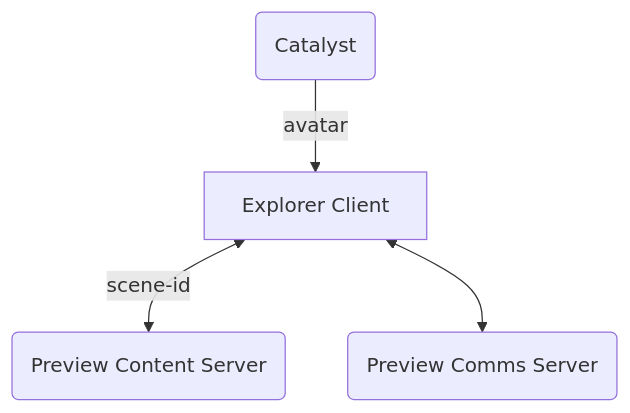
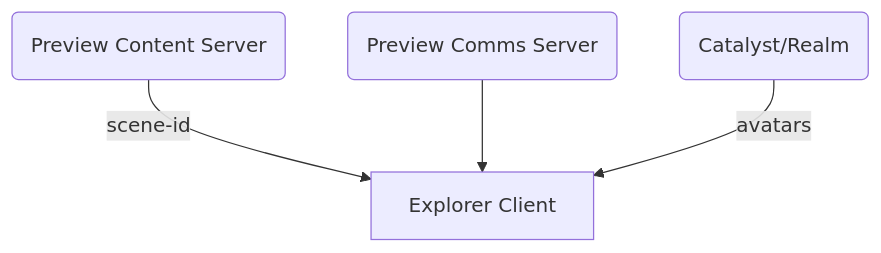
The diagram in RFC/RFC-9-hosted-preview-service.md (decentraland/adr), drawn with Mermaid before and after one commit. The commit also changed other lines of this file, not shown here.

````diff
--- a/RFC/RFC-9-hosted-preview-service.md
+++ b/RFC/RFC-9-hosted-preview-service.md
@@ -40,7 +48,7 @@
 ```mermaid
 flowchart TD
     B["Explorer Client"]
-    B<-- scene-id -->C(Preview Content Server)
-    B<-->D(Preview Comms Server);
-    E("Catalyst") -- avatar -->B
+    C(Preview Content Server) -- scene-id --> B
+    D(Preview Comms Server)-->B
+    E("Catalyst/Realm") -- avatars -->B
 ```
````
